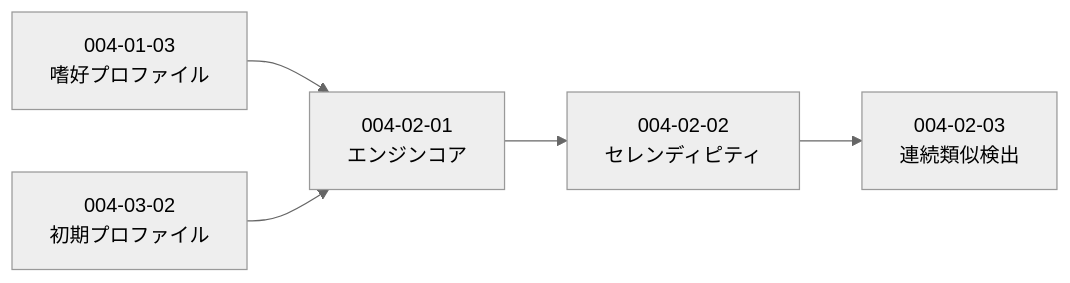
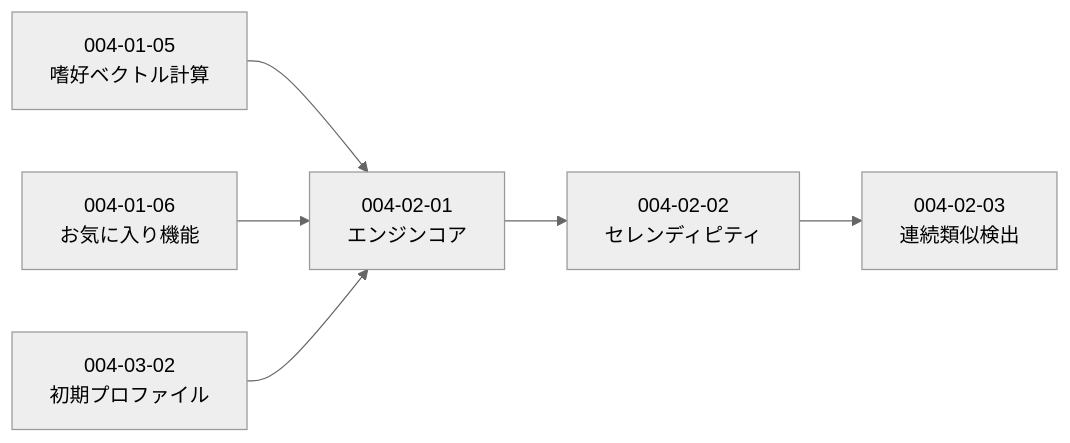
The diagram in specs/004-recommend/004-02-recommend-engine/subtask-list.md (Sn005/recommend-scp), drawn with Mermaid (neutral theme) before and after one commit. The commit also changed other lines of this file and 7 other files, not shown here.

````diff
--- a/specs/004-recommend/004-02-recommend-engine/subtask-list.md
+++ b/specs/004-recommend/004-02-recommend-engine/subtask-list.md
@@ -11,7 +11,8 @@
 ```mermaid
 flowchart LR
-    A[004-01-03<br>嗜好プロファイル] --> D[004-02-01<br>エンジンコア]
-    B[004-03-02<br>初期プロファイル] --> D
+    A[004-01-05<br>嗜好ベクトル計算] --> D[004-02-01<br>エンジンコア]
+    B[004-01-06<br>お気に入り機能] --> D
+    C[004-03-02<br>初期プロファイル] --> D
     D --> E[004-02-02<br>セレンディピティ]
     E --> F[004-02-03<br>連続類似検出]
 ```
````
